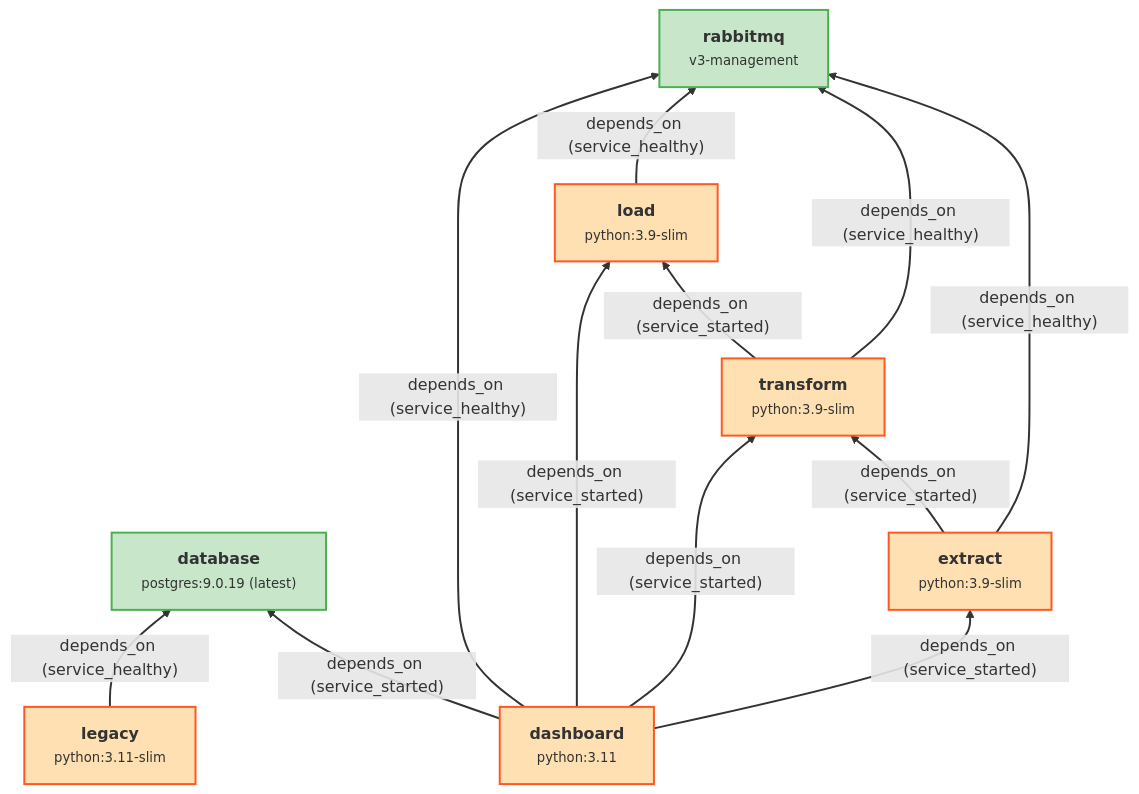
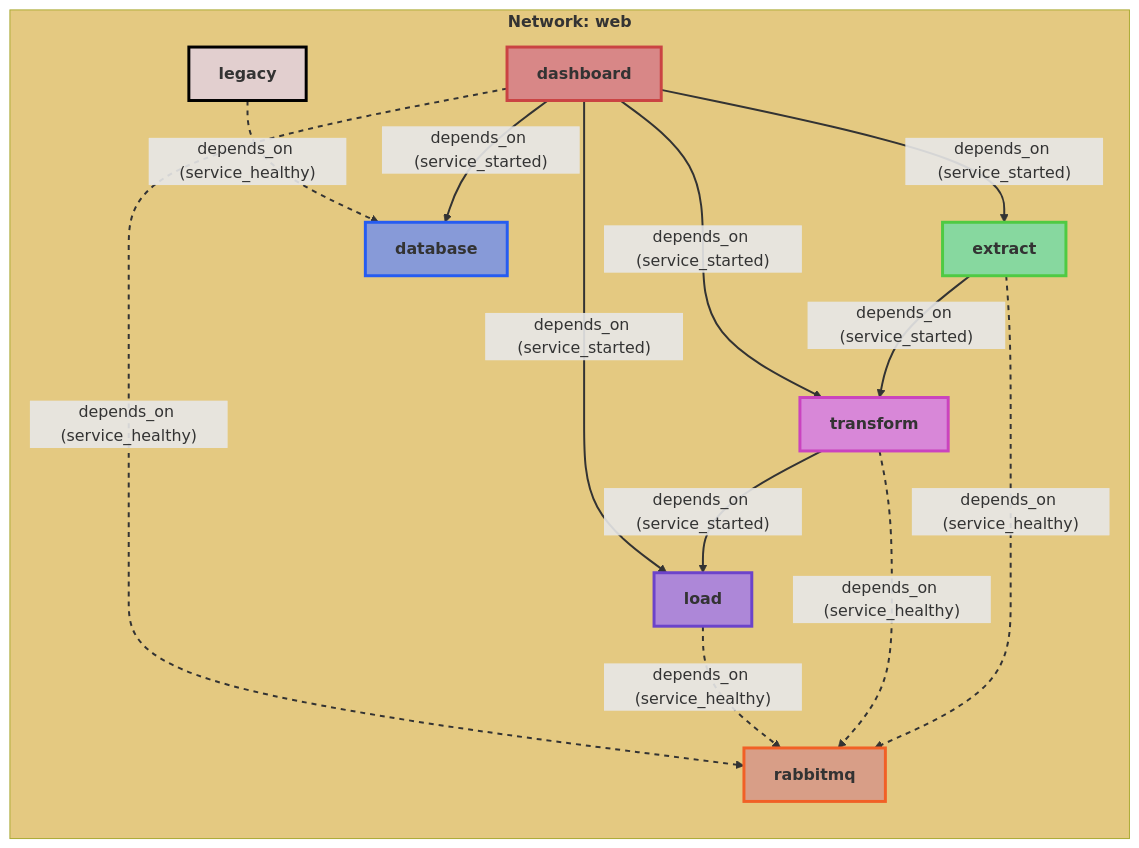
Before and after one commit to mbofos01/agriculture-dashboard-netherlands: the diagram in README.md, drawn with Mermaid.

````diff
--- a/README.md
+++ b/README.md
@@ -17,39 +17,50 @@
 ```mermaid
     graph BT
-    rabbitmq["<b>rabbitmq</b><br/><small>v3-management</small>"]
-    database["<b>database</b><br/><small>postgres:</small><small>9.0.19 (latest)</small>"]
-    extract["<b>extract</b><br/><small>python:3.9-slim</small>"]
-    transform["<b>transform</b><br/><small>python:3.9-slim</small>"]
-    load["<b>load</b><br/><small>python:3.9-slim</small>"]
-    dashboard["<b>dashboard</b><br/><small>python:3.11</small>"]
-    legacy["<b>legacy</b><br/><small>python:3.11-slim</small>"]
+    subgraph Network_web[<b>Network: web</b>]
+        rabbitmq["<b>rabbitmq</b>"]
+        database["<b>database</b>"]
+        extract["<b>extract</b>"]
+        transform["<b>transform</b>"]
+        load["<b>load</b>"]
+        dashboard["<b>dashboard</b>"]
+        legacy["<b>legacy</b>"]
+    end
+    style Network_web fill:#e4c981ff
+    rabbitmq["<b>rabbitmq</b>"]
+    database["<b>database</b>"]
+    extract["<b>extract</b>"]
+    transform["<b>transform</b>"]
+    load["<b>load</b>"]
+    dashboard["<b>dashboard</b>"]
+    legacy["<b>legacy</b>"]
     extract -- depends_on (service_healthy) --> rabbitmq
-    linkStyle 0 stroke-width:2,stroke-dasharray:0
+    linkStyle 0 stroke-width:2,stroke-dasharray:5 5
     extract -- depends_on (service_started) --> transform
-    linkStyle 1 stroke-width:2,stroke-dasharray:0
+    linkStyle 1 stroke-width:2,stroke-dasharray:
     transform -- depends_on (service_healthy) --> rabbitmq
-    linkStyle 2 stroke-width:2,stroke-dasharray:0
+    linkStyle 2 stroke-width:2,stroke-dasharray:5 5
     transform -- depends_on (service_started) --> load
-    linkStyle 3 stroke-width:2,stroke-dasharray:0
+    linkStyle 3 stroke-width:2,stroke-dasharray:
     load -- depends_on (service_healthy) --> rabbitmq
-    linkStyle 4 stroke-width:2,stroke-dasharray:0
+    linkStyle 4 stroke-width:2,stroke-dasharray:5 5
     dashboard -- depends_on (service_healthy) --> rabbitmq
-    linkStyle 5 stroke-width:2,stroke-dasharray:0
+    linkStyle 5 stroke-width:2,stroke-dasharray:5 5
     dashboard -- depends_on (service_started) --> database
-    linkStyle 6 stroke-width:2,stroke-dasharray:0
+    linkStyle 6 stroke-width:2,stroke-dasharray:
     dashboard -- depends_on (service_started) --> load
-    linkStyle 7 stroke-width:2,stroke-dasharray:0
+    linkStyle 7 stroke-width:2,stroke-dasharray:
     dashboard -- depends_on (service_started) --> transform
-    linkStyle 8 stroke-width:2,stroke-dasharray:0
+    linkStyle 8 stroke-width:2,stroke-dasharray:
     dashboard -- depends_on (service_started) --> extract
-    linkStyle 9 stroke-width:2,stroke-dasharray:0
+    linkStyle 9 stroke-width:2,stroke-dasharray:
     legacy -- depends_on (service_healthy) --> database
-    linkStyle 10 stroke-width:2,stroke-dasharray:0
-    style rabbitmq fill:#C8E6C9,stroke:#4CAF50,stroke-width:2,stroke-dasharray:0
-    style database fill:#C8E6C9,stroke:#4CAF50,stroke-width:2,stroke-dasharray:0
-    style extract fill:#FFE0B2,stroke:#FF5722,stroke-width:2,stroke-dasharray:0
-    style transform fill:#FFE0B2,stroke:#FF5722,stroke-width:2,stroke-dasharray:0
-    style load fill:#FFE0B2,stroke:#FF5722,stroke-width:2,stroke-dasharray:0
-    style dashboard fill:#FFE0B2,stroke:#FF5722,stroke-width:2,stroke-dasharray:0
-    style legacy fill:#FFE0B2,stroke:#FF5722,stroke-width:2,stroke-dasharray:0
+    linkStyle 10 stroke-width:2,stroke-dasharray:5 5
+    style rabbitmq fill:#d89e87ff,stroke:#f16026ff,stroke-width:3,stroke-dasharray:0
+    style database fill:#879ad8ff,stroke:#265cf1ff,stroke-width:3,stroke-dasharray:0
+    style extract fill:#87d89fff,stroke:#4fca43ff,stroke-width:3,stroke-dasharray:0
+    style transform fill:#d887d8ff,stroke:#ca43bfff,stroke-width:3,stroke-dasharray:0
+    style load fill:#ad87d8ff,stroke:#6c43caff,stroke-width:3,stroke-dasharray:0
+    style dashboard fill:#d88787ff,stroke:#ca4343ff,stroke-width:3,stroke-dasharray:0
+    style legacy fill:#e2cfcfff,stroke:#000000ff,stroke-width:3,stroke-dasharray:0
+
 ```
````
